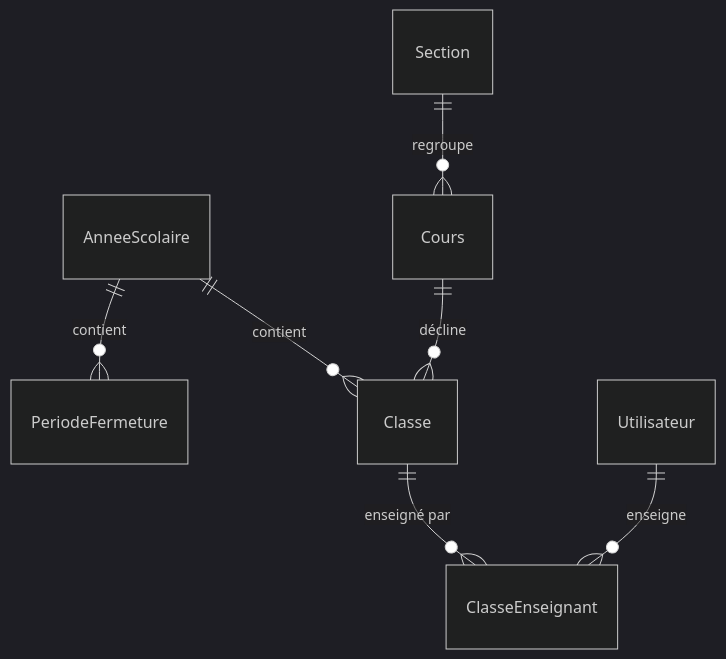
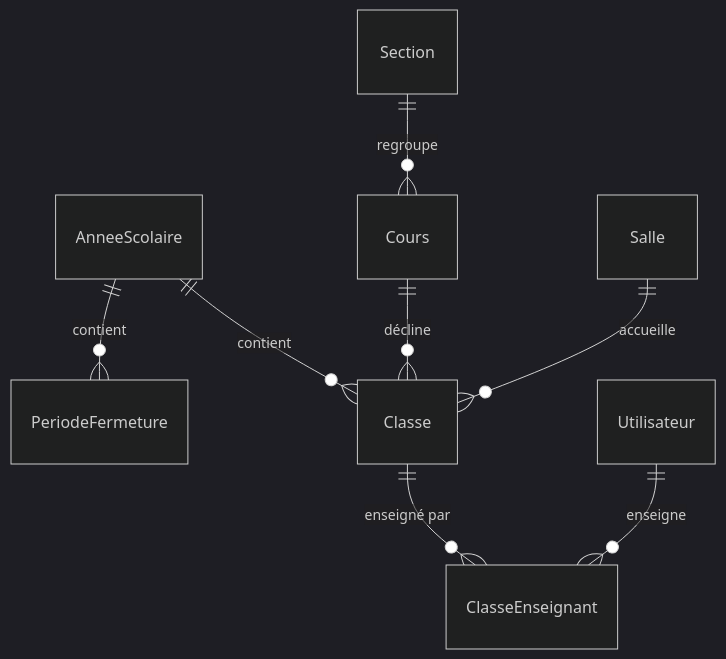
One commit to haflow94/oree-du-savoir changed the second of 5 diagrams in DOCUMENTATION_TECHNIQUE.md. Above: the diagram before and after it, drawn with Mermaid (dark theme). The commit also changed other lines of this file and 87 other files, not shown here.

````diff
--- a/DOCUMENTATION_TECHNIQUE.md
+++ b/DOCUMENTATION_TECHNIQUE.md
@@ -58,9 +58,10 @@
 ```mermaid
 erDiagram
   AnneeScolaire ||--o{ Classe : contient
   AnneeScolaire ||--o{ PeriodeFermeture : contient
   Section ||--o{ Cours : regroupe
   Cours ||--o{ Classe : décline
+  Salle ||--o{ Classe : accueille
   Classe ||--o{ ClasseEnseignant : "enseigné par"
   Utilisateur ||--o{ ClasseEnseignant : enseigne
 ```
````
